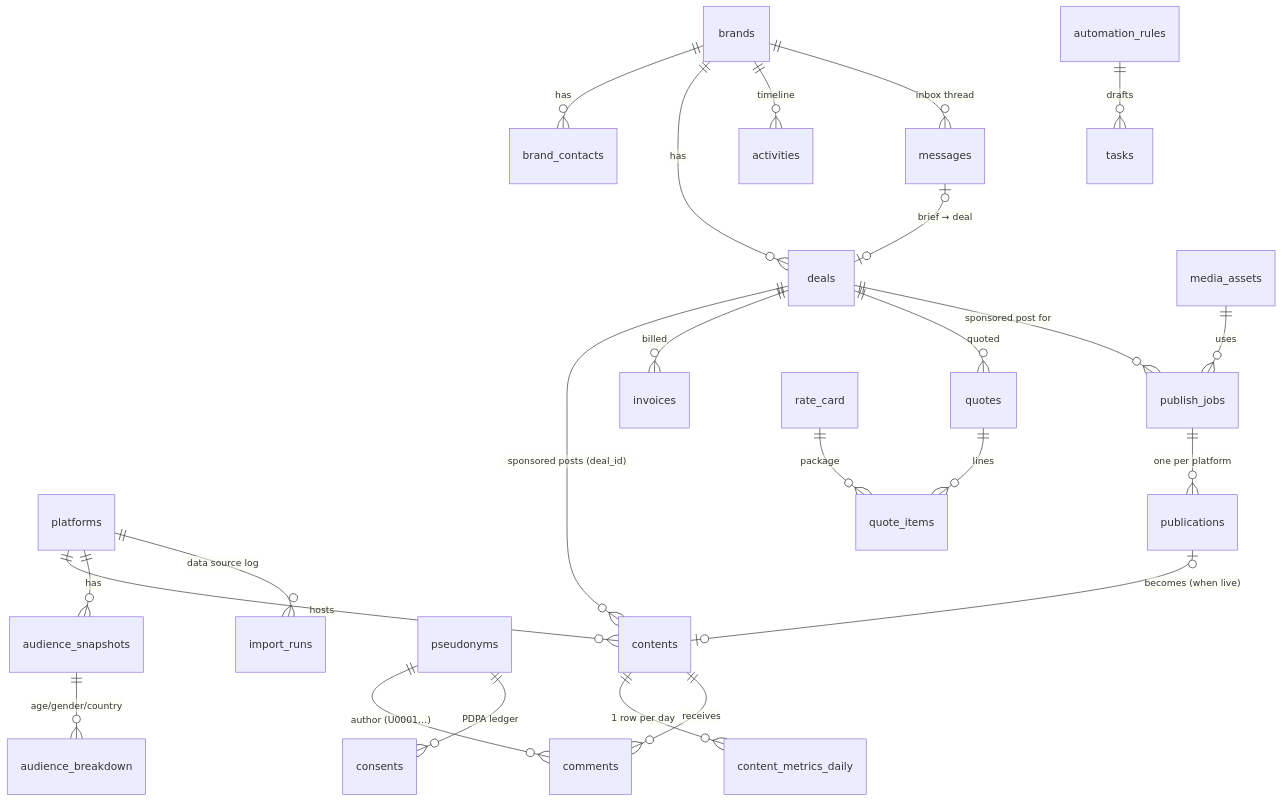
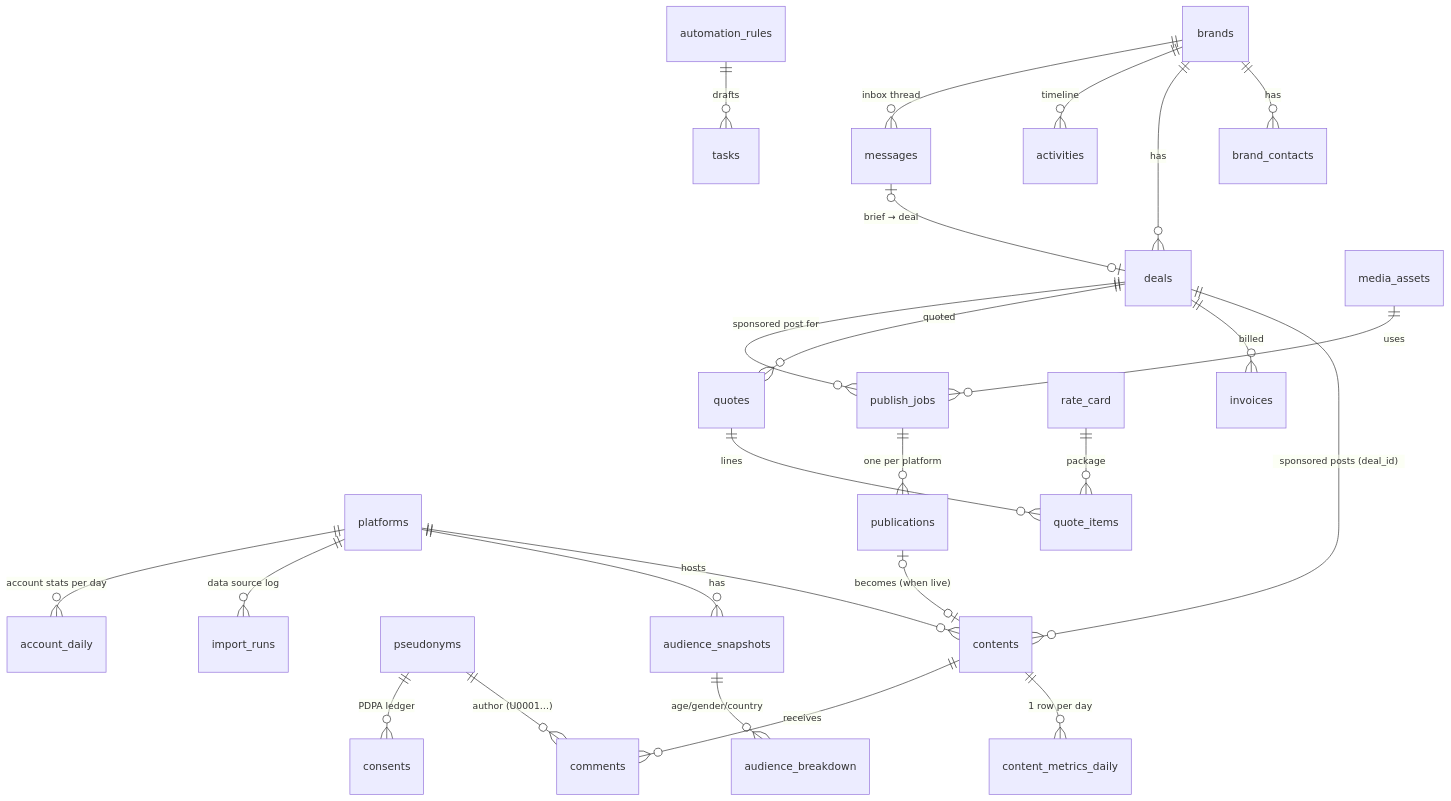
The second of 2 diagrams in README.md (natdanice/Creator-OS), drawn with Mermaid before and after one commit. The commit also changed other lines of this file, not shown here.

First line of the commit message:
Update README for live mode and account connections

````diff
--- a/README.md
+++ b/README.md
@@ -220,26 +259,27 @@
 ```mermaid
 erDiagram
   platforms ||--o{ contents : hosts
   platforms ||--o{ audience_snapshots : has
   audience_snapshots ||--o{ audience_breakdown : "age/gender/country"
   contents ||--o{ content_metrics_daily : "1 row per day"
   contents ||--o{ comments : receives
   pseudonyms ||--o{ comments : "author (U0001…)"
   pseudonyms ||--o{ consents : "PDPA ledger"
   brands ||--o{ brand_contacts : has
   brands ||--o{ deals : has
   brands ||--o{ activities : timeline
   deals ||--o{ contents : "sponsored posts (deal_id)"
   deals ||--o{ invoices : billed
   deals ||--o{ quotes : quoted
   quotes ||--o{ quote_items : lines
   rate_card ||--o{ quote_items : package
   automation_rules ||--o{ tasks : drafts
   media_assets ||--o{ publish_jobs : uses
   publish_jobs ||--o{ publications : "one per platform"
   publications |o--o| contents : "becomes (when live)"
   deals ||--o{ publish_jobs : "sponsored post for"
   platforms ||--o{ import_runs : "data source log"
+  platforms ||--o{ account_daily : "account stats per day"
   brands ||--o{ messages : "inbox thread"
   messages |o--o| deals : "brief → deal"
 ```
````
